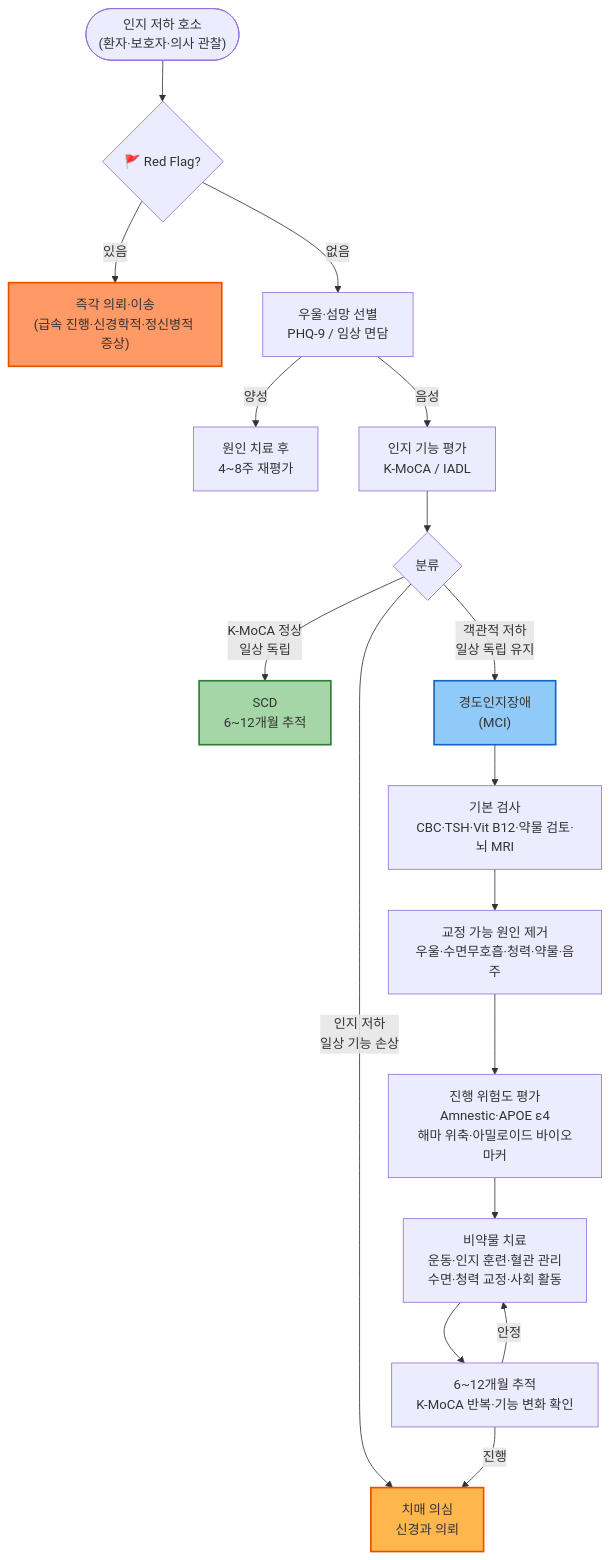
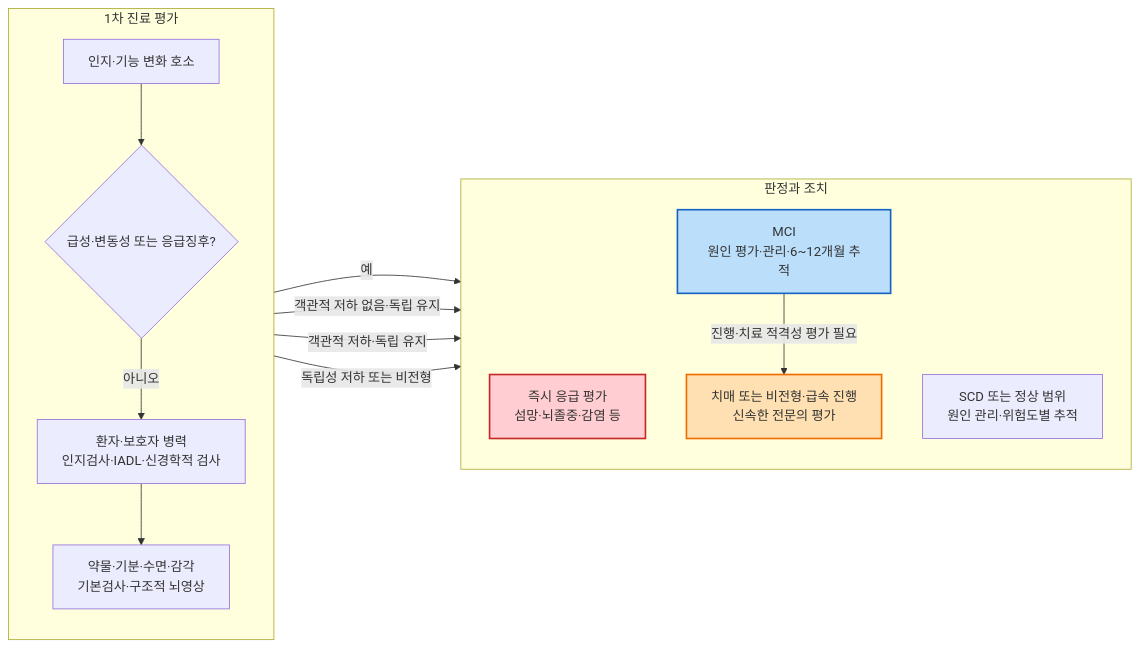
The diagram in 221_/032_-mild-cognitive-impairment.md (familyoh77/familyoh77), drawn with Mermaid before and after one commit. The commit also changed other lines of this file, not shown here.

````diff
--- a/221_/032_-mild-cognitive-impairment.md
+++ b/221_/032_-mild-cognitive-impairment.md
@@ -156,24 +211,25 @@
 ```mermaid
-graph TD
-    A(["인지 저하 호소<br>(환자·보호자·의사 관찰)"]) --> B{"🚩 Red Flag?"}
-    B -->|"있음"| RF["즉각 의뢰·이송<br>(급속 진행·신경학적·정신병적 증상)"]
-    B -->|"없음"| C["우울·섬망 선별<br>PHQ-9 / 임상 면담"]
-    C -->|"양성"| CT["원인 치료 후<br>4~8주 재평가"]
-    C -->|"음성"| D["인지 기능 평가<br>K-MoCA / IADL"]
-    D --> E{"분류"}
-    E -->|"K-MoCA 정상<br>일상 독립"| SCD["SCD<br>6~12개월 추적"]
-    E -->|"객관적 저하<br>일상 독립 유지"| MCI["경도인지장애<br>(MCI)"]
-    E -->|"인지 저하<br>일상 기능 손상"| DEM["치매 의심<br>신경과 의뢰"]
-    MCI --> F["기본 검사<br>CBC·TSH·Vit B12·약물 검토·뇌 MRI"]
-    F --> G["교정 가능 원인 제거<br>우울·수면무호흡·청력·약물·음주"]
-    G --> H["진행 위험도 평가<br>Amnestic·APOE ε4<br>해마 위축·아밀로이드 바이오마커"]
-    H --> I["비약물 치료<br>운동·인지 훈련·혈관 관리<br>수면·청력 교정·사회 활동"]
-    I --> J["6~12개월 추적<br>K-MoCA 반복·기능 변화 확인"]
-    J -->|"진행"| DEM
-    J -->|"안정"| I
+flowchart LR
+    subgraph L["1차 진료 평가"]
+        direction TB
+        A["인지·기능 변화 호소"] --> B{"급성·변동성 또는 응급징후?"}
+        B -->|아니오| C["환자·보호자 병력<br/>인지검사·IADL·신경학적 검사"]
+        C --> D["약물·기분·수면·감각<br/>기본검사·구조적 뇌영상"]
+    end
+    subgraph R["판정과 조치"]
+        direction TB
+        E["즉시 응급 평가<br/>섬망·뇌졸중·감염 등"]
+        F["SCD 또는 정상 범위<br/>원인 관리·위험도별 추적"]
+        G["MCI<br/>원인 평가·관리·6~12개월 추적"]
+        H["치매 또는 비전형·급속 진행<br/>신속한 전문의 평가"]
+    end
+    B -->|예| E
+    D -->|객관적 저하 없음·독립 유지| F
+    D -->|객관적 저하·독립 유지| G
+    D -->|독립성 저하 또는 비전형| H
+    G -->|진행·치료 적격성 평가 필요| H
 
-    style RF fill:#f96,stroke:#e65100,stroke-width:2px
-    style DEM fill:#ffb74d,stroke:#e65100,stroke-width:2px
-    style SCD fill:#a5d6a7,stroke:#2e7d32,stroke-width:2px
-    style MCI fill:#90caf9,stroke:#1565c0,stroke-width:2px
+    style E fill:#ffcdd2,stroke:#c62828,stroke-width:2px
+    style G fill:#bbdefb,stroke:#1565c0,stroke-width:2px
+    style H fill:#ffe0b2,stroke:#ef6c00,stroke-width:2px
 ```
````
